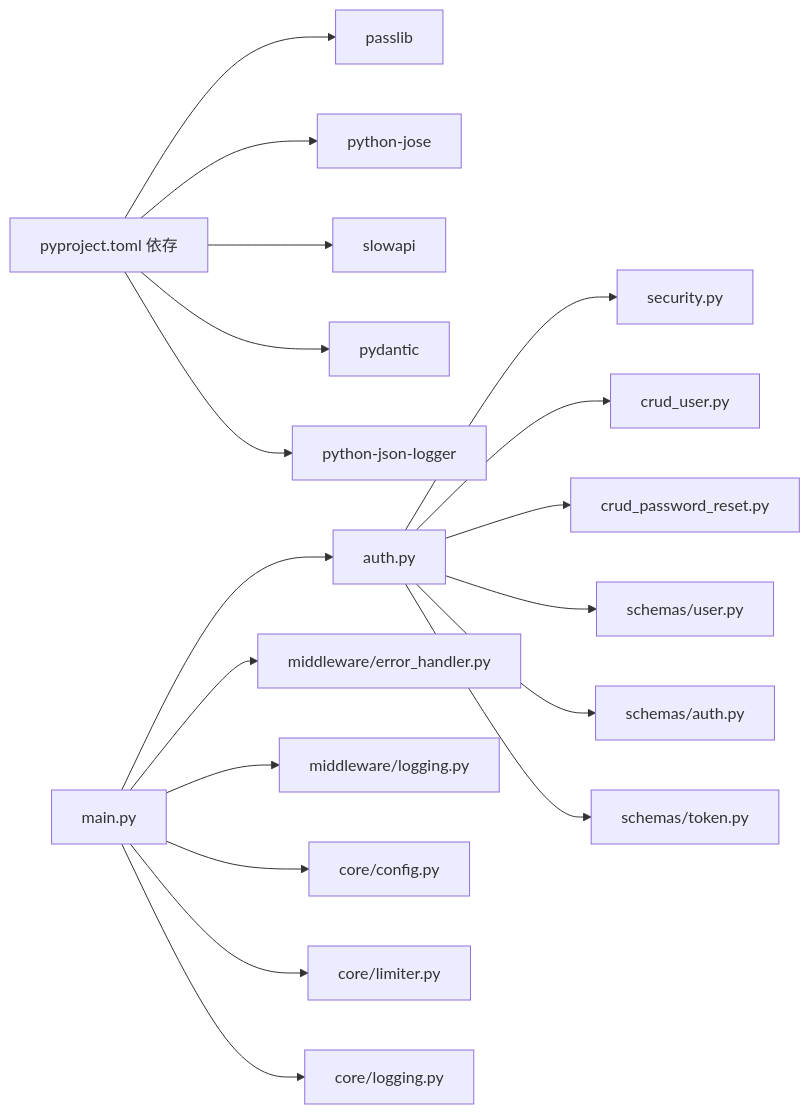
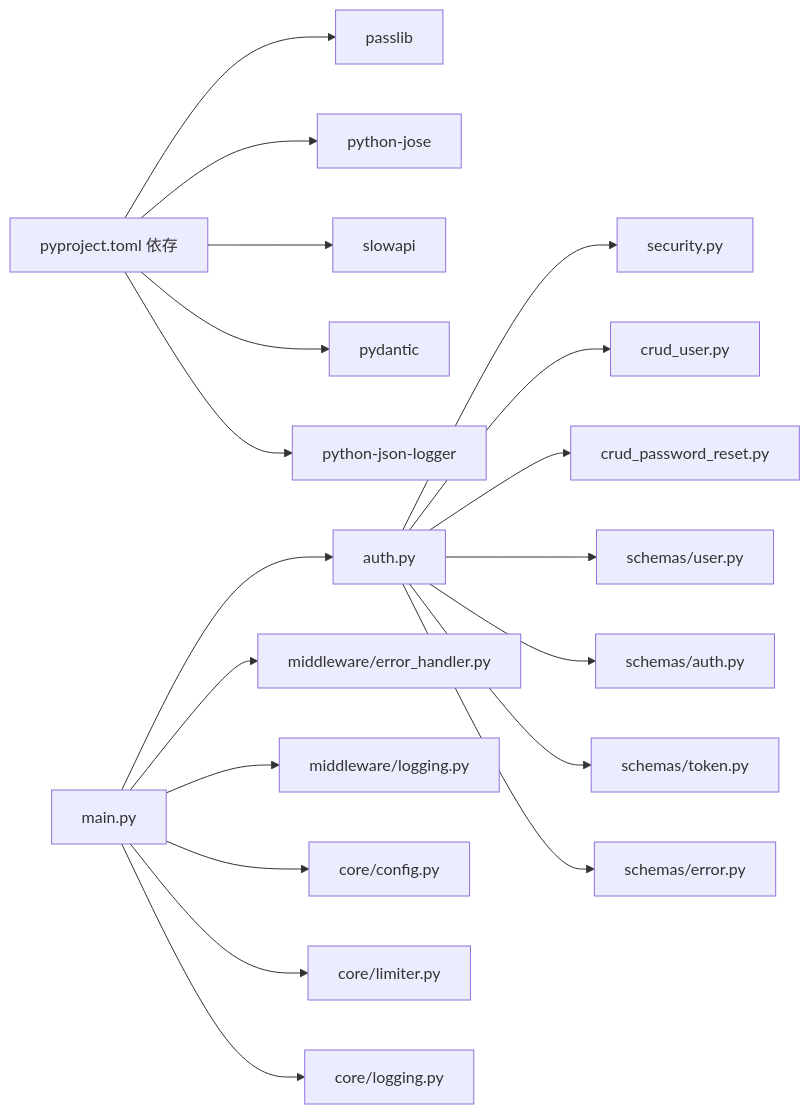
One commit to ss8806/Todos changed the tenth of 10 diagrams in .qoder/repowiki/ja/content/セキュリティ対策/セキュリティ対策.md. Above: the diagram before and after it, drawn with Mermaid. The commit also changed other lines of this file and 4 other files, not shown here.

````diff
--- a/.qoder/repowiki/ja/content/セキュリティ対策/セキュリティ対策.md
+++ b/.qoder/repowiki/ja/content/セキュリティ対策/セキュリティ対策.md
@@ -438,20 +448,21 @@
 ```mermaid
 graph LR
 PY["pyproject.toml 依存"] --> PASS["passlib"]
 PY --> JOSE["python-jose"]
 PY --> SLOW["slowapi"]
 PY --> PYD["pydantic"]
 PY --> JLOG["python-json-logger"]
 AUTH["auth.py"] --> SEC["security.py"]
 AUTH --> CRUDU["crud_user.py"]
 AUTH --> CRUDP["crud_password_reset.py"]
 AUTH --> SCHEMAU["schemas/user.py"]
 AUTH --> SCHEMAP["schemas/auth.py"]
 AUTH --> SCHEMAT["schemas/token.py"]
+AUTH --> SCHEMAE["schemas/error.py"]
 MAIN["main.py"] --> AUTH
 MAIN --> ERR["middleware/error_handler.py"]
 MAIN --> LOGM["middleware/logging.py"]
 MAIN --> CFG["core/config.py"]
 MAIN --> LIM["core/limiter.py"]
 MAIN --> LOGC["core/logging.py"]
 ```
````
